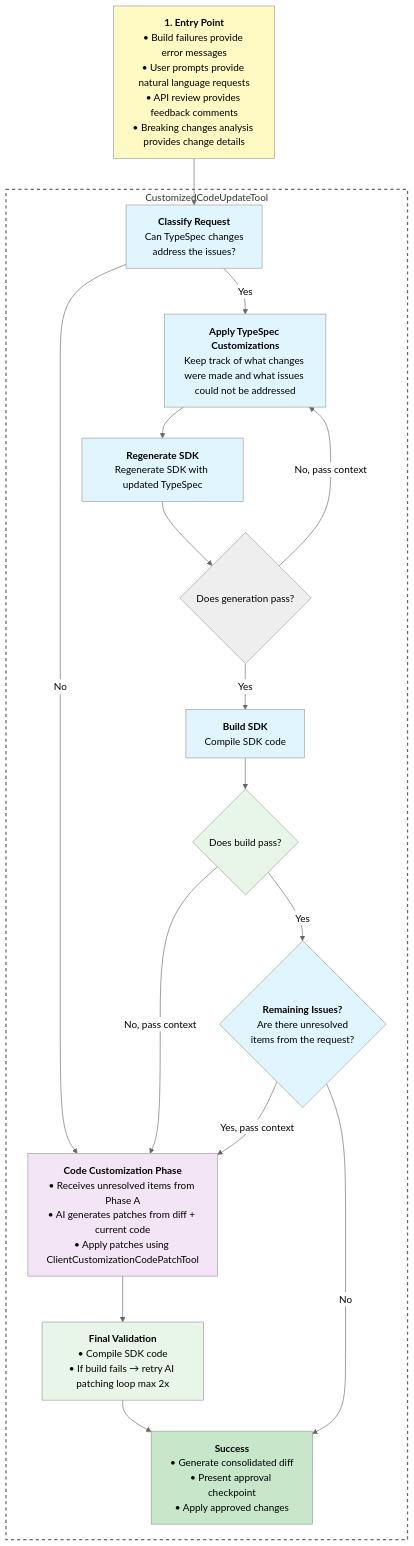
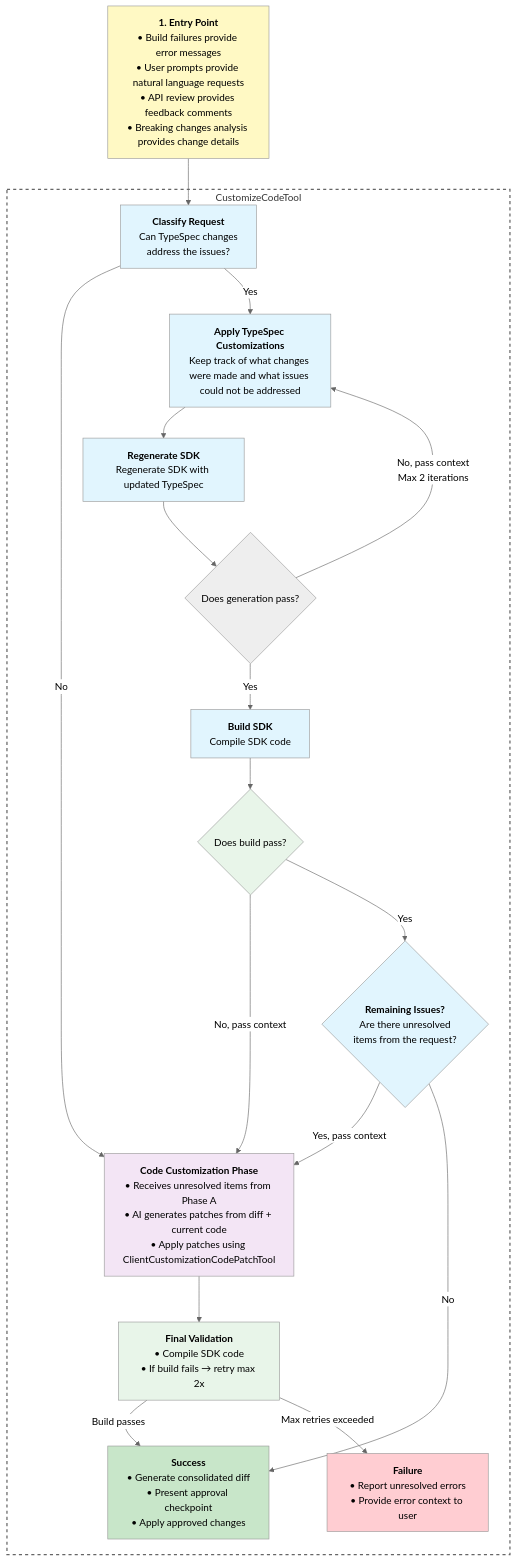
One commit to Azure/azure-sdk-tools changed the second of 2 diagrams in tools/azsdk-cli/docs/specs/3-customizing-client-tsp.spec.md. Above: the diagram before and after it, drawn with Mermaid (neutral theme). The commit also changed other lines of this file, not shown here.

First line of the commit message:
Revise customization tool documentation and examples

````diff
--- a/tools/azsdk-cli/docs/specs/3-customizing-client-tsp.spec.md
+++ b/tools/azsdk-cli/docs/specs/3-customizing-client-tsp.spec.md
@@ -245,48 +260,50 @@
 ```mermaid
 flowchart TD
     Entry[<b>1. Entry Point</b><br/>• Build failures provide error messages<br/>• User prompts provide natural language requests<br/>• API review provides feedback comments<br/>• Breaking changes analysis provides change details]
 
     Entry --> Classify
 
-    subgraph Tool [CustomizedCodeUpdateTool]
+    subgraph Tool [CustomizeCodeTool]
         Classify[<b>Classify Request</b><br/>Can TypeSpec changes<br/>address the issues?]
 
         Classify -->|No| PhaseB
 
         Classify -->|Yes| ApplyTsp[<b>Apply TypeSpec Customizations</b><br/>Keep track of what changes were made and what issues could not be addressed]
 
         ApplyTsp --> RegenSDK[<b>Regenerate SDK</b><br/>Regenerate SDK with updated TypeSpec]
 
         RegenSDK --> RegenValidate{Does generation pass?}
 
-        RegenValidate -->|No, pass context| ApplyTsp
+        RegenValidate -->|No, pass context<br/>Max 2 iterations| ApplyTsp
 
         RegenValidate -->|Yes| BuildSDK[<b>Build SDK</b><br/>Compile SDK code]
 
         BuildSDK --> ValidateA{Does build pass?}
 
         ValidateA -->|No, pass context| PhaseB
 
         ValidateA -->|Yes| RemainingIssues{<b>Remaining Issues?</b><br/>Are there unresolved<br/>items from the request?}
 
         RemainingIssues -->|Yes, pass context| PhaseB[<b>Code Customization Phase</b><br/>• Receives unresolved items from Phase A<br/>• AI generates patches from diff + current code<br/>• Apply patches using ClientCustomizationCodePatchTool]
 
         RemainingIssues -->|No| Success[<b>Success</b><br/>• Generate consolidated diff<br/>• Present approval checkpoint<br/>• Apply approved changes]
 
-        PhaseB --> ValidateB[<b>Final Validation</b><br/>• Compile SDK code<br/>• If build fails → retry AI patching loop max 2x]
+        PhaseB --> ValidateB[<b>Final Validation</b><br/>• Compile SDK code<br/>• If build fails → retry max 2x]
 
-        ValidateB --> Success
+        ValidateB -->|Build passes| Success
+        ValidateB -->|Max retries exceeded| Failure[<b>Failure</b><br/>• Report unresolved errors<br/>• Provide error context to user]
     end
 
     style Entry fill:#fff9c4
     style Classify fill:#e1f5fe
     style ApplyTsp fill:#e1f5fe
     style RegenSDK fill:#e1f5fe
     style BuildSDK fill:#e1f5fe
     style ValidateA fill:#e8f5e9
     style RemainingIssues fill:#e1f5fe
     style PhaseB fill:#f3e5f5
     style ValidateB fill:#e8f5e9
     style Success fill:#c8e6c9
+    style Failure fill:#ffcdd2
     style Tool fill:none,stroke:#666,stroke-width:2px,stroke-dasharray: 5 5
 ```
````
